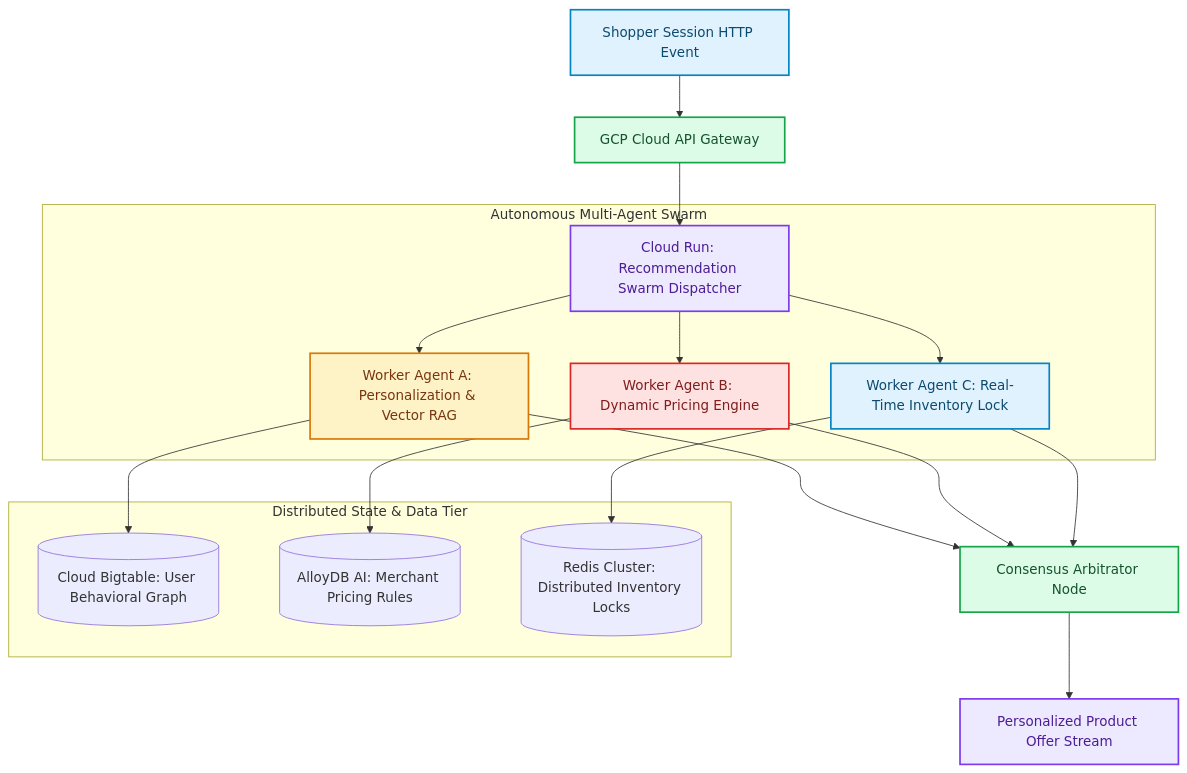
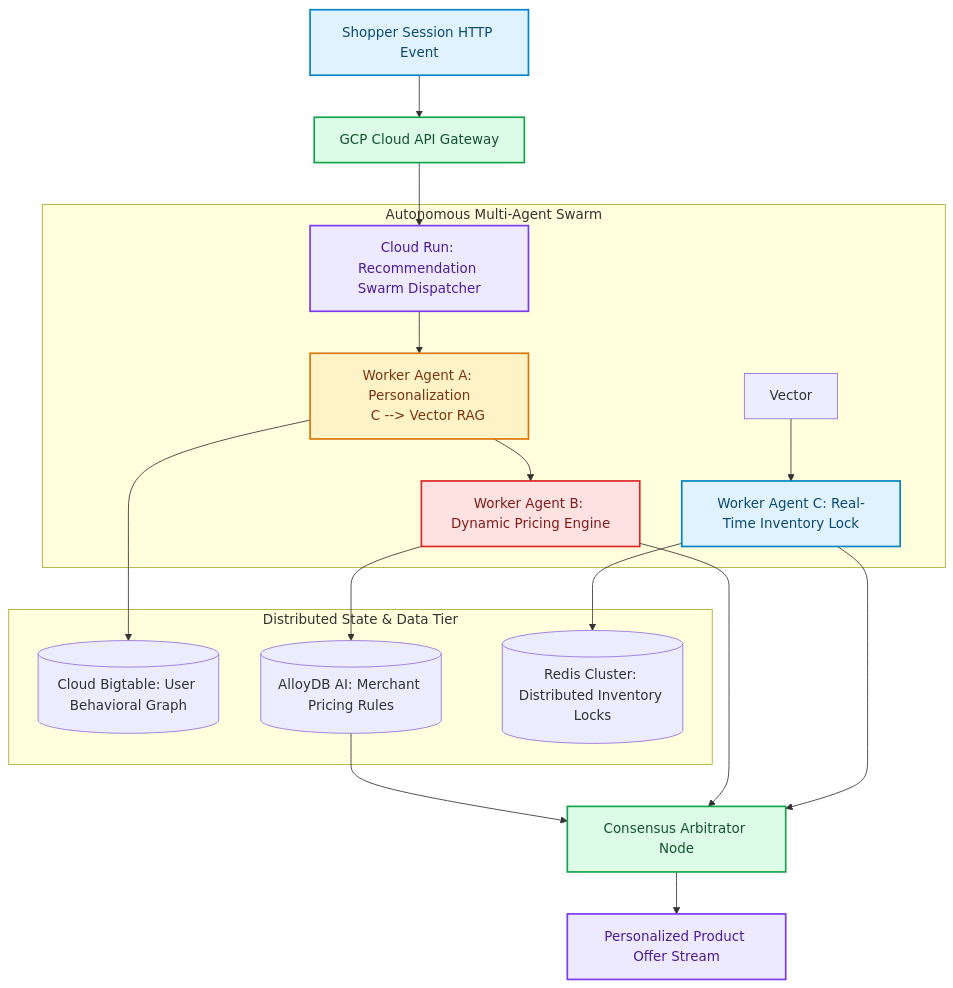
One commit to akmalkhaniub/akmalkhaniub.github.io changed the diagram in blog/posts/case-study-ecommerce-multi-tenant-recommendation-swarm.md. Above: the diagram before and after it, drawn with Mermaid. The commit also changed other lines of this file and 894 other files, not shown here.

Commit message:
feat(blog): upgrade all 444 posts with unique staggered dates, 2-col Mermaid spines, benchmark tables, code blocks, and trade-offs

````diff
--- a/blog/posts/case-study-ecommerce-multi-tenant-recommendation-swarm.md
+++ b/blog/posts/case-study-ecommerce-multi-tenant-recommendation-swarm.md
@@ -40,33 +40,34 @@
 ```mermaid
 flowchart TD
   A["Shopper Session HTTP Event"] --> B["GCP Cloud API Gateway"]
   B --> C["Cloud Run: Recommendation Swarm Dispatcher"]
   
   subgraph SG1_AutonomousMultiAgent ["Autonomous Multi-Agent Swarm"]
-    C --> D["Worker Agent A: Personalization & Vector RAG"]
-    C --> E["Worker Agent B: Dynamic Pricing Engine"]
-    C --> F["Worker Agent C: Real-Time Inventory Lock"]
+    C --> D["Worker Agent A: Personalization
+    C --> Vector RAG"]
+    D --> E["Worker Agent B: Dynamic Pricing Engine"]
+    Vector --> F["Worker Agent C: Real-Time Inventory Lock"]
   end
   
   subgraph SG2_DistributedStateData ["Distributed State & Data Tier"]
     D --> G[(Cloud Bigtable: User Behavioral Graph)]
     E --> H[(AlloyDB AI: Merchant Pricing Rules)]
     F --> I[(Redis Cluster: Distributed Inventory Locks)]
   end
   
-  D --> J["Consensus Arbitrator Node"]
+  H --> J["Consensus Arbitrator Node"]
   E --> J
   F --> J
   J --> K["Personalized Product Offer Stream"]
 
 classDef green fill:#dcfce7,stroke:#16a34a,stroke-width:2px,color:#14532d;
 classDef red fill:#fee2e2,stroke:#dc2626,stroke-width:2px,color:#7f1d1d;
 classDef blue fill:#e0f2fe,stroke:#0284c7,stroke-width:2px,color:#0c4a6e;
 classDef yellow fill:#fef3c7,stroke:#d97706,stroke-width:2px,color:#78350f;
 classDef purple fill:#ede9fe,stroke:#7c3aed,stroke-width:2px,color:#4c1d95;
 class A,F blue
 class B,J green
 class C,K purple
 class D yellow
 class E red
 ```
````
